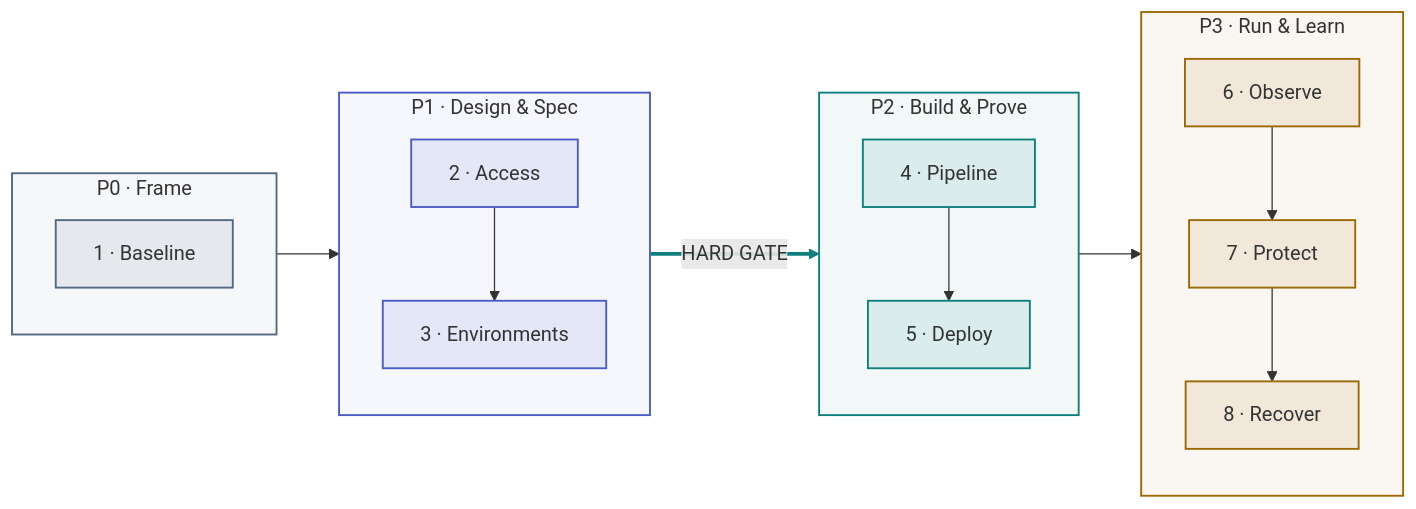
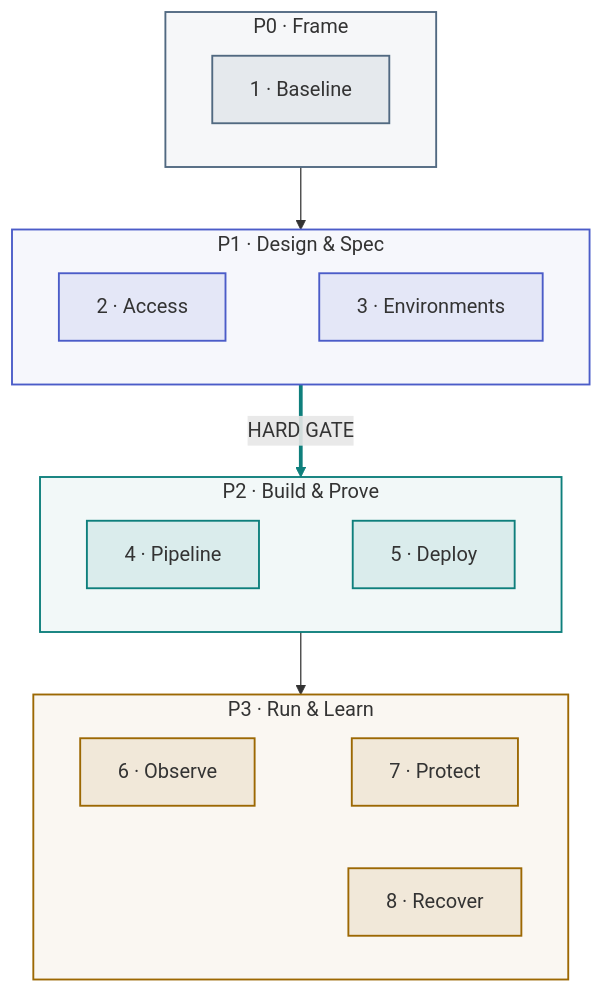
One commit to akash-coded/aws-bedrock-agentcore-strands changed the diagram in wiki/Journey-DevOps.md. Above: the diagram before and after it, drawn with Mermaid. The commit also changed other lines of this file and 30 other files, not shown here.

````diff
--- a/wiki/Journey-DevOps.md
+++ b/wiki/Journey-DevOps.md
@@ -23,43 +25,36 @@
 ```mermaid
-flowchart LR
+flowchart TB
   subgraph P0["P0 · Frame"]
-    direction TB
+    direction LR
     S1["1 · Baseline"]
   end
   subgraph P1["P1 · Design & Spec"]
-    direction TB
-    S2["2 · Access"]
-    S3["3 · Environments"]
-    S2 --> S3
+    direction LR
+    S2["2 · Access"] ~~~ S3["3 · Environments"]
   end
   subgraph P2["P2 · Build & Prove"]
-    direction TB
-    S4["4 · Pipeline"]
-    S5["5 · Deploy"]
-    S4 --> S5
+    direction LR
+    S4["4 · Pipeline"] ~~~ S5["5 · Deploy"]
   end
   subgraph P3["P3 · Run & Learn"]
-    direction TB
-    S6["6 · Observe"]
-    S7["7 · Protect"]
+    direction LR
+    S6["6 · Observe"] ~~~ S7["7 · Protect"]
     S8["8 · Recover"]
-    S6 --> S7
-    S7 --> S8
   end
   P0 --> P1
   P1 -->|"HARD GATE"| P2
   P2 --> P3
   classDef p0 fill:#5169811A,stroke:#516981,stroke-width:1.5px
   class S1 p0
   style P0 fill:#5169810D,stroke:#516981,stroke-width:1.5px
   classDef p1 fill:#4B5CC81A,stroke:#4B5CC8,stroke-width:1.5px
   class S2,S3 p1
   style P1 fill:#4B5CC80D,stroke:#4B5CC8,stroke-width:1.5px
   classDef p2 fill:#0E7F7C1A,stroke:#0E7F7C,stroke-width:1.5px
   class S4,S5 p2
   style P2 fill:#0E7F7C0D,stroke:#0E7F7C,stroke-width:1.5px
   classDef p3 fill:#9C68031A,stroke:#9C6803,stroke-width:1.5px
   class S6,S7,S8 p3
   style P3 fill:#9C68030D,stroke:#9C6803,stroke-width:1.5px
-  linkStyle 5 stroke:#0E7F7C,stroke-width:3px
+  linkStyle 4 stroke:#0E7F7C,stroke-width:3px
 ```
````
